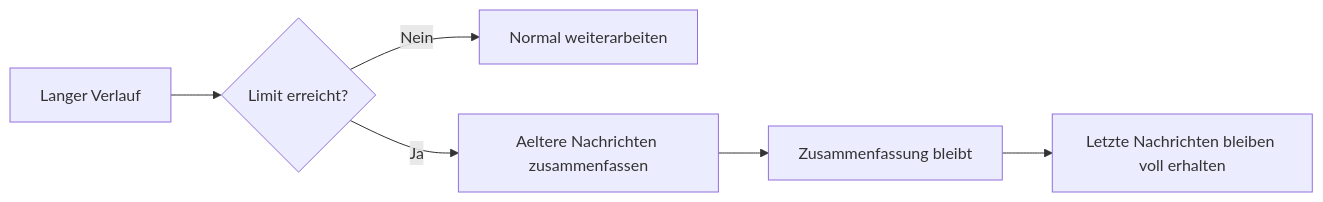
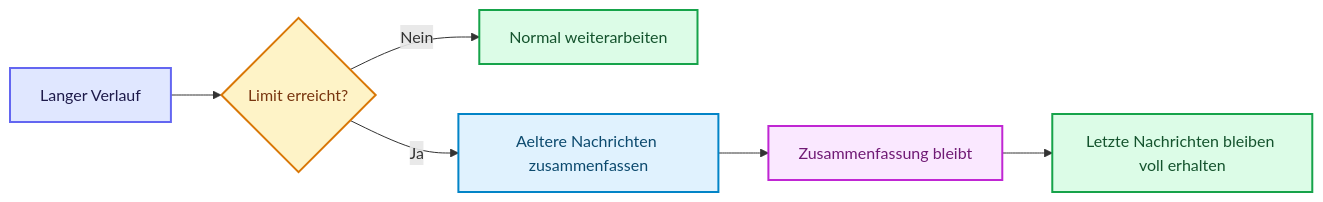
Before and after one commit to ralf-42/Agenten: the third of 7 diagrams in docs/04-agenten-implementierung/ablauf-zustand/memory-systeme.md, drawn with Mermaid. The commit also changed other lines of this file and 18 other files, not shown here.

````diff
--- a/docs/04-agenten-implementierung/ablauf-zustand/memory-systeme.md
+++ b/docs/04-agenten-implementierung/ablauf-zustand/memory-systeme.md
@@ -219,8 +226,19 @@
 ```mermaid
 flowchart LR
     A[Langer Verlauf] --> B{Limit erreicht?}
     B -->|Nein| C[Normal weiterarbeiten]
     B -->|Ja| D[Aeltere Nachrichten zusammenfassen]
     D --> E[Zusammenfassung bleibt]
     E --> F[Letzte Nachrichten bleiben voll erhalten]
+
+    classDef default fill:#e0f2fe,stroke:#0284c7,stroke-width:2px,color:#0c4a6e;
+    classDef input fill:#e0e7ff,stroke:#6366f1,stroke-width:2px,color:#1e1b4b;
+    classDef metric fill:#fef3c7,stroke:#d97706,stroke-width:2px,color:#78350f;
+    classDef output fill:#dcfce7,stroke:#16a34a,stroke-width:2px,color:#14532d;
+    classDef target fill:#fae8ff,stroke:#c026d3,stroke-width:2px,color:#701a75;
+
+    class A input;
+    class B metric;
+    class C,F output;
+    class E target;
 ```
````
